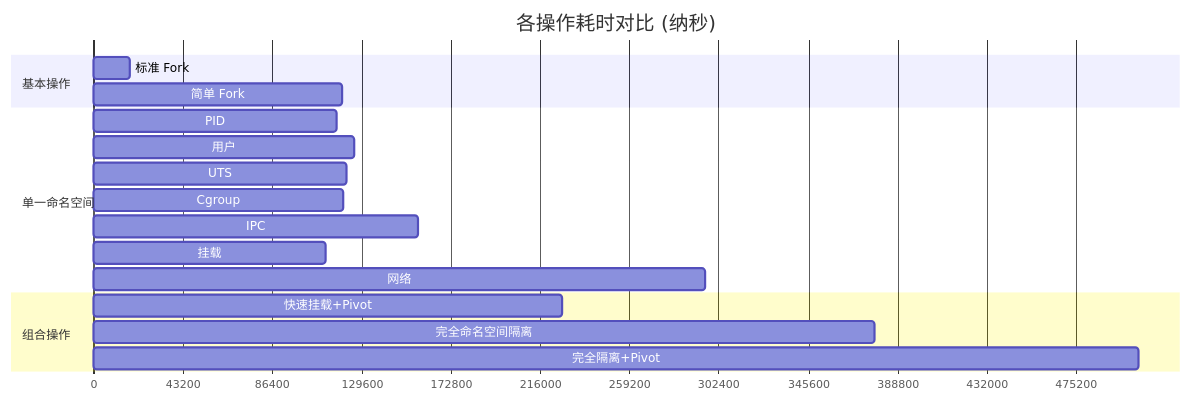
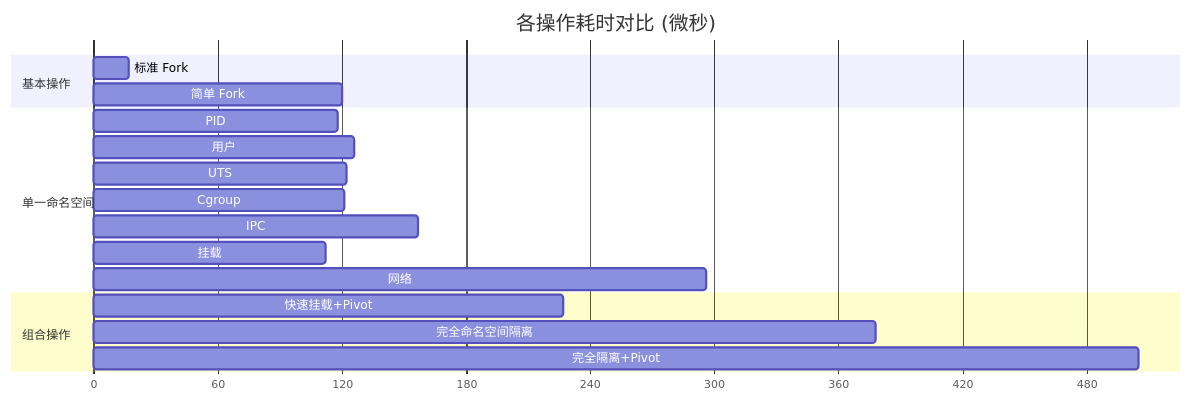
One commit to Zqzqsb/Sandbox changed the diagram in pkg/forkexec/docs/benchmark_results.md. Above: the diagram before and after it, drawn with Mermaid. The commit also changed other lines of this file, not shown here.

Commit message:
fix(pkg): change unit to us

````diff
--- a/pkg/forkexec/docs/benchmark_results.md
+++ b/pkg/forkexec/docs/benchmark_results.md
@@ -35,24 +35,24 @@
 ```mermaid
 gantt
-    title 各操作耗时对比 (纳秒)
+    title 各操作耗时对比 (微秒)
     dateFormat X
     axisFormat %s
 
     section 基本操作
-    标准 Fork           :0, 17415
-    简单 Fork           :0, 120260
+    标准 Fork           :0, 17
+    简单 Fork           :0, 120
 
     section 单一命名空间
-    PID                :0, 117625
-    用户               :0, 126022
-    UTS                :0, 122439
-    Cgroup             :0, 120916
-    IPC                :0, 156817
-    挂载               :0, 112141
-    网络               :0, 295620
+    PID                :0, 118
+    用户               :0, 126
+    UTS                :0, 122
+    Cgroup             :0, 121
+    IPC                :0, 157
+    挂载               :0, 112
+    网络               :0, 296
 
     section 组合操作
-    快速挂载+Pivot     :0, 226876
-    完全命名空间隔离   :0, 377804
-    完全隔离+Pivot     :0, 505491
+    快速挂载+Pivot     :0, 227
+    完全命名空间隔离   :0, 378
+    完全隔离+Pivot     :0, 505
 ```
````
